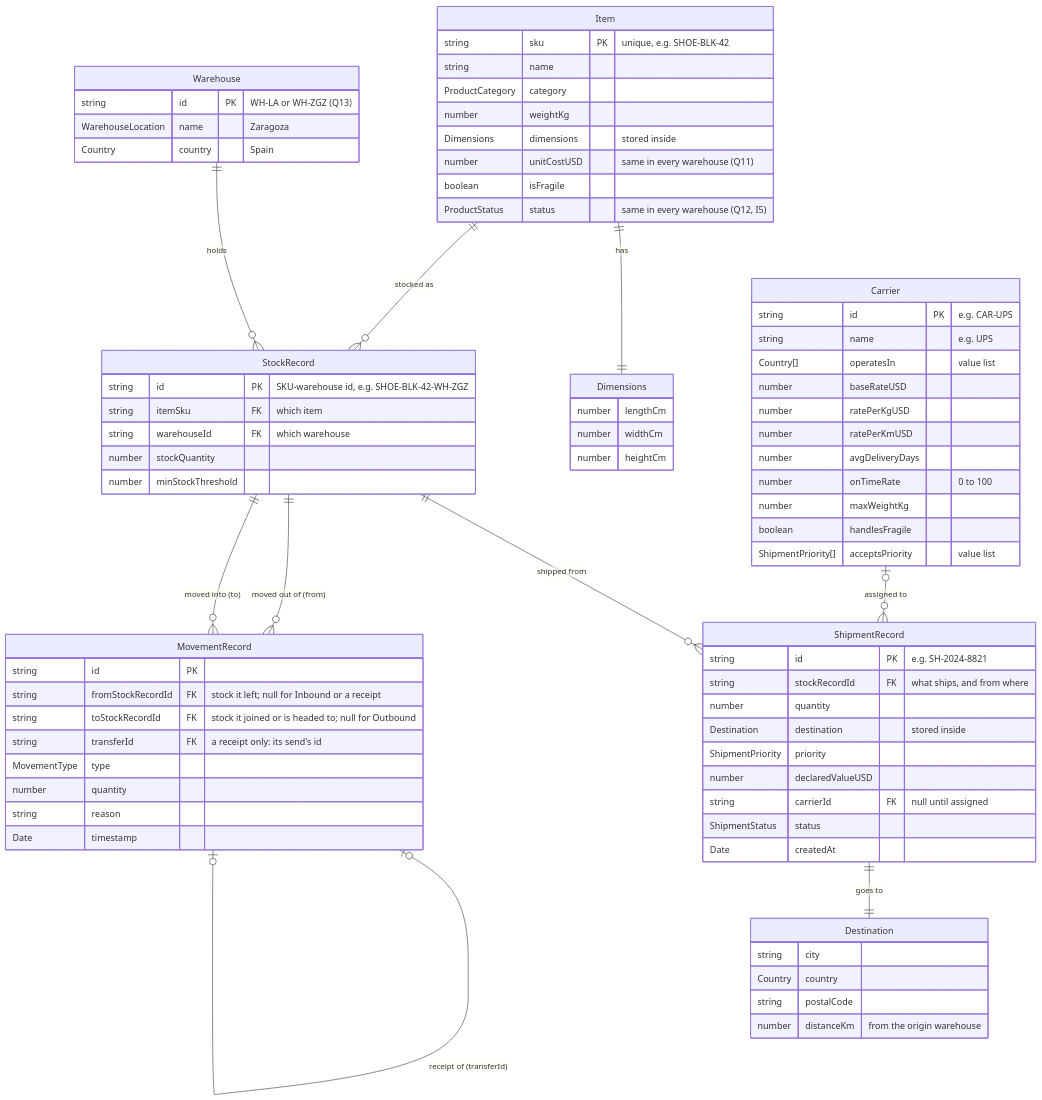
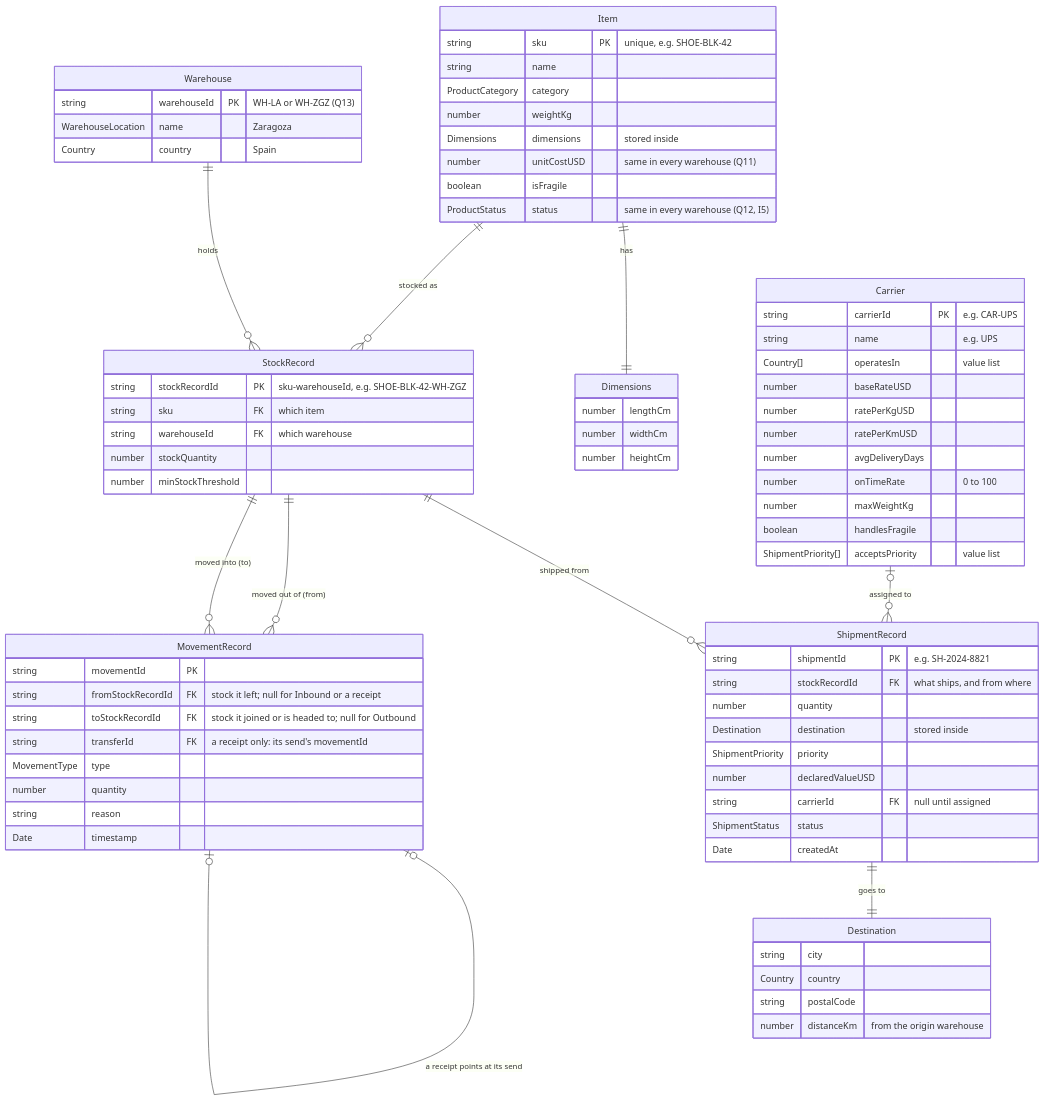
The diagram in packages/warehouse-logic/docs/erd.md (Sun-flow/TrackFlow-Company-Overhaul), drawn with Mermaid before and after one commit. The commit also changed other lines of this file and 1 other file, not shown here.

First line of the commit message:
Name each stored record's key for what it identifies, as mae asked, so a field like warehouseId reads the same wherever it appears.

````diff
--- a/packages/warehouse-logic/docs/erd.md
+++ b/packages/warehouse-logic/docs/erd.md
@@ -10,80 +10,80 @@
 ```mermaid
 erDiagram
     Item {
         string sku PK "unique, e.g. SHOE-BLK-42"
         string name
         ProductCategory category
         number weightKg
         Dimensions dimensions "stored inside"
         number unitCostUSD "same in every warehouse (Q11)"
         boolean isFragile
         ProductStatus status "same in every warehouse (Q12, I5)"
     }
     Dimensions {
         number lengthCm
         number widthCm
         number heightCm
     }
     Warehouse {
-        string id PK "WH-LA or WH-ZGZ (Q13)"
+        string warehouseId PK "WH-LA or WH-ZGZ (Q13)"
         WarehouseLocation name "Zaragoza"
         Country country "Spain"
     }
     StockRecord {
-        string id PK "SKU-warehouse id, e.g. SHOE-BLK-42-WH-ZGZ"
-        string itemSku FK "which item"
+        string stockRecordId PK "sku-warehouseId, e.g. SHOE-BLK-42-WH-ZGZ"
+        string sku FK "which item"
         string warehouseId FK "which warehouse"
         number stockQuantity
         number minStockThreshold
     }
     ShipmentRecord {
-        string id PK "e.g. SH-2024-8821"
+        string shipmentId PK "e.g. SH-2024-8821"
         string stockRecordId FK "what ships, and from where"
         number quantity
         Destination destination "stored inside"
         ShipmentPriority priority
         number declaredValueUSD
         string carrierId FK "null until assigned"
         ShipmentStatus status
         Date createdAt
     }
     Destination {
         string city
         Country country
         string postalCode
         number distanceKm "from the origin warehouse"
     }
     MovementRecord {
-        string id PK
+        string movementId PK
         string fromStockRecordId FK "stock it left; null for Inbound or a receipt"
         string toStockRecordId FK "stock it joined or is headed to; null for Outbound"
-        string transferId FK "a receipt only: its send's id"
+        string transferId FK "a receipt only: its send's movementId"
         MovementType type
         number quantity
         string reason
         Date timestamp
     }
     Carrier {
-        string id PK "e.g. CAR-UPS"
+        string carrierId PK "e.g. CAR-UPS"
         string name "e.g. UPS"
         Country[] operatesIn "value list"
         number baseRateUSD
         number ratePerKgUSD
         number ratePerKmUSD
         number avgDeliveryDays
         number onTimeRate "0 to 100"
         number maxWeightKg
         boolean handlesFragile
         ShipmentPriority[] acceptsPriority "value list"
     }
 
     Item ||--|| Dimensions : "has"
     Item ||--o{ StockRecord : "stocked as"
     Warehouse ||--o{ StockRecord : "holds"
     StockRecord ||--o{ ShipmentRecord : "shipped from"
     StockRecord ||--o{ MovementRecord : "moved out of (from)"
     StockRecord ||--o{ MovementRecord : "moved into (to)"
-    MovementRecord |o--o| MovementRecord : "receipt of (transferId)"
+    MovementRecord |o--o| MovementRecord : "a receipt points at its send"
     Carrier |o--o{ ShipmentRecord : "assigned to"
     ShipmentRecord ||--|| Destination : "goes to"
 ```
````
